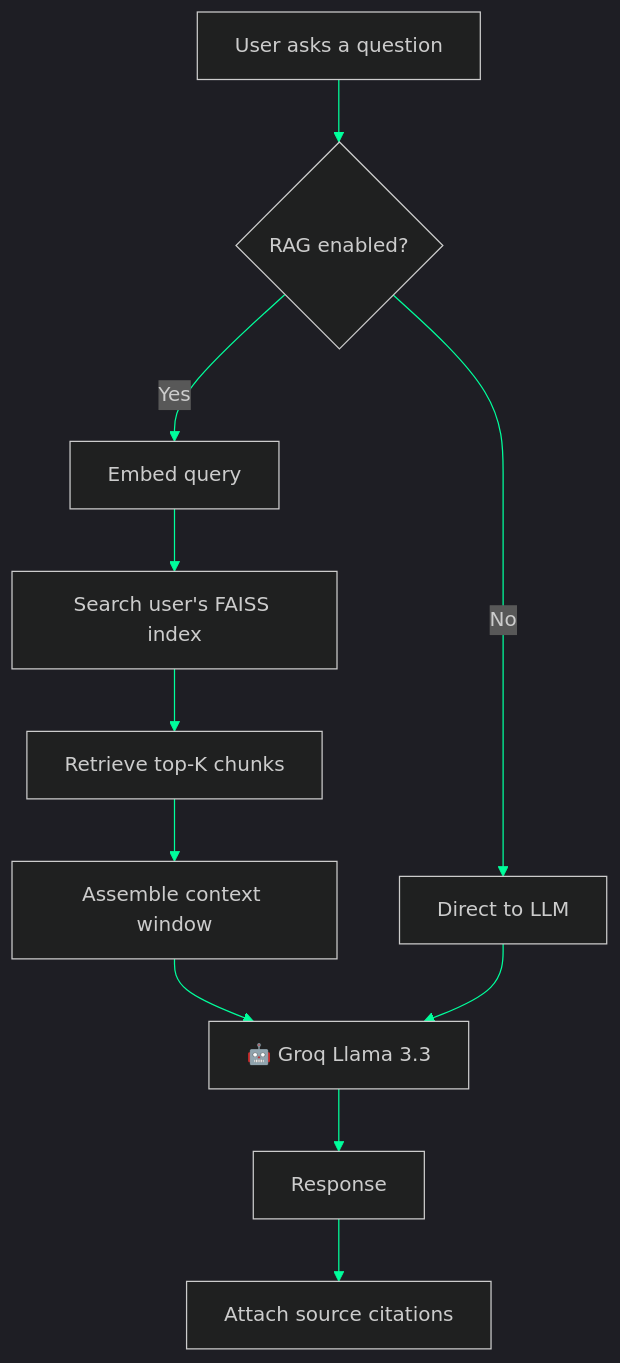
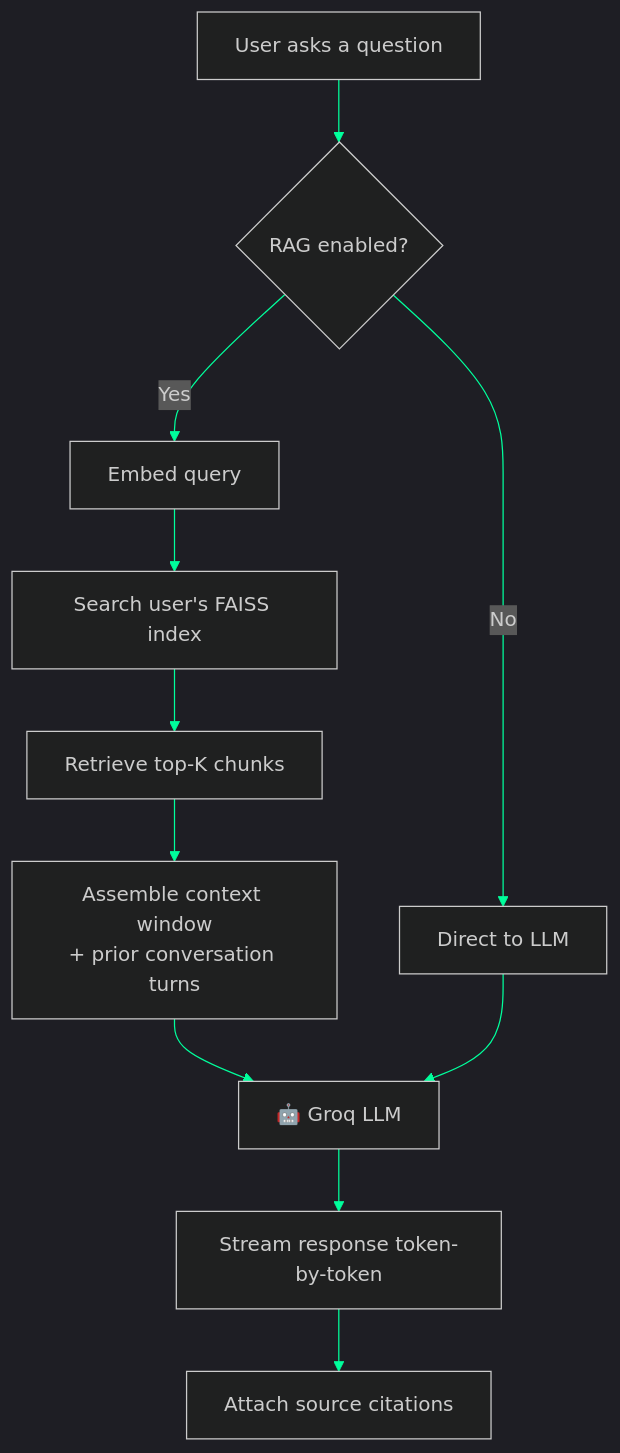
Before and after one commit to fasih245/Vision-Fleet-AI: the third of 4 diagrams in README.md, drawn with Mermaid. The commit also changed other lines of this file and 9 other files, not shown here.

````diff
--- a/README.md
+++ b/README.md
@@ -193,14 +215,14 @@
 ```mermaid
 %%{init: {'theme':'dark','themeVariables':{'primaryColor':'#0D1117','primaryTextColor':'#00FF9C','primaryBorderColor':'#00FF9C','lineColor':'#00FF9C','fontFamily':'JetBrains Mono, monospace'}}}%%
 graph TD
     A["User asks a question"] --> B{"RAG enabled?"}
     B -->|Yes| C["Embed query"]
     B -->|No| D["Direct to LLM"]
     C --> E["Search user's FAISS index"]
     E --> F["Retrieve top-K chunks"]
-    F --> G["Assemble context window"]
-    G --> H["🤖 Groq Llama 3.3"]
+    F --> G["Assemble context window<br/>+ prior conversation turns"]
+    G --> H["🤖 Groq LLM"]
     D --> H
-    H --> I["Response"]
+    H --> I["Stream response token-by-token"]
     I --> J["Attach source citations"]
 ```
````
